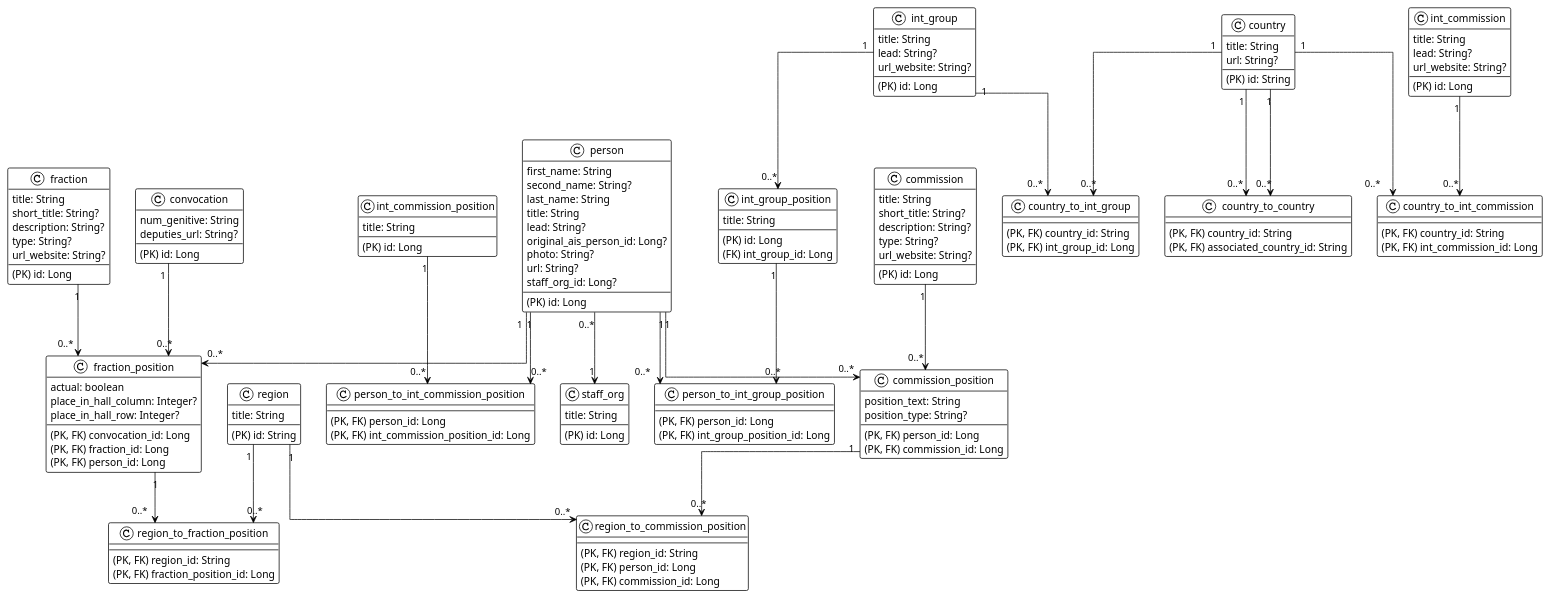
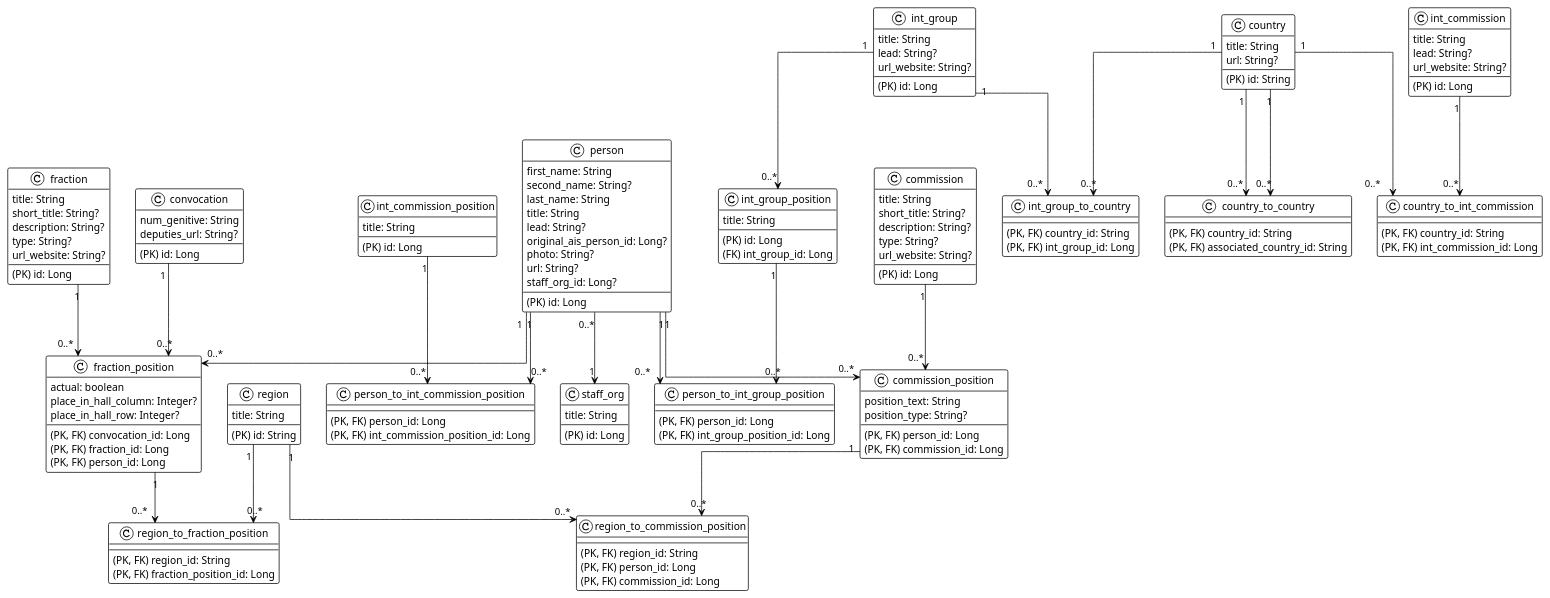
The diagram in gov/db-schema/src/main/kotlin/com/artemkaxboy/playground/gov/dumagovru/entity/database.puml (artemkaxboy/playground), drawn with PlantUML before and after one commit. The commit also changed 7 other files, not shown here.

```diff
--- a/gov/db-schema/src/main/kotlin/com/artemkaxboy/playground/gov/dumagovru/entity/database.puml
+++ b/gov/db-schema/src/main/kotlin/com/artemkaxboy/playground/gov/dumagovru/entity/database.puml
@@ -1,188 +1,188 @@
 @startuml
 !theme plain
 top to bottom direction
 skinparam linetype ortho
 
 class person {
    (PK) id: Long
    first_name: String
    second_name: String?
    last_name: String
    title: String
    lead: String?
    original_ais_person_id: Long?
    photo: String?
    url: String?
    staff_org_id: Long?
 }
 
 class commission {
    (PK) id: Long
    title: String
    short_title: String?
    description: String?
    type: String?
    url_website: String?
 }
 
 class commission_position {
    (PK, FK) person_id: Long
    (PK, FK) commission_id: Long
    position_text: String
    position_type: String?
 }
 
 'main .(delete cascade). secondary
 'deletePerson_deletesAssociatedCommissionPosition
 person                "1" -[#000000,plain]-> "0..*"  commission_position
 'deleteCommission_deletesAssociatedCommissionPosition
 commission            "1" -[#000000,plain]-> "0..*"  commission_position
 
 class region {
    (PK) id: String
    title: String
 }
 
 class region_to_commission_position {
    (PK, FK) region_id: String
    (PK, FK) person_id: Long
    (PK, FK) commission_id: Long
 }
 
 'deleteRegion_deletesAssociatedRegionToCommissionPosition
 region               "1" -[#000000,plain]-> "0..*"  region_to_commission_position
 'deleteCommissionPosition_deletesAssociatedRegionToCommissionPosition
 commission_position  "1" -[#000000,plain]-> "0..*"  region_to_commission_position
 
 class convocation {
    (PK) id: Long
    num_genitive: String
    deputies_url: String?
 }
 
 class fraction {
    (PK) id: Long
    title: String
    short_title: String?
    description: String?
    type: String?
    url_website: String?
 }
 
 class fraction_position {
    (PK, FK) convocation_id: Long
    (PK, FK) fraction_id: Long
    (PK, FK) person_id: Long
    actual: boolean
    place_in_hall_column: Integer?
    place_in_hall_row: Integer?
 }
 
 'deleteConvocation_deletesAssociatedFractionPosition
 convocation           "1" -[#000000,plain]-> "0..*"  fraction_position
 'deleteFraction_deletesAssociatedFractionPosition
 fraction              "1" -[#000000,plain]-> "0..*"  fraction_position
 'deletePerson_deletesAssociatedFractionPosition
 person                "1" -[#000000,plain]-> "0..*"  fraction_position
 
 class region_to_fraction_position {
     (PK, FK) region_id: String
     (PK, FK) fraction_position_id: Long
 }
 
 'deleteRegion_deletesAssociatedRegionToFractionPosition
 region               "1" -[#000000,plain]-> "0..*"  region_to_fraction_position
 'deleteFractionPosition_deletesAssociatedRegionToFractionPosition
 fraction_position    "1" -[#000000,plain]-> "0..*"  region_to_fraction_position
 
 class country {
    (PK) id: String
    title: String
    url: String?
 }
 
 class country_to_country {
    (PK, FK) country_id: String
    (PK, FK) associated_country_id: String
 }
 
 'deleteCountry_deletesAssociatedCountryToCountryFrom
 country               "1" -[#000000,plain]-> "0..*"  country_to_country
 'deleteCountry_deletesAssociatedCountryToCountryTo
 country               "1" -[#000000,plain]-> "0..*"  country_to_country
 
 class int_commission {
    (PK) id: Long
    title: String
    lead: String?
    url_website: String?
 }
 
 class country_to_int_commission {
    (PK, FK) country_id: String
    (PK, FK) int_commission_id: Long
 }
 
 'deleteCountry_deletesAssociatedCountryToIntCommission
 country               "1" -[#000000,plain]-> "0..*"  country_to_int_commission
 'deleteIntCommission_deletesAssociatedCountryToIntCommission
 int_commission        "1" -[#000000,plain]-> "0..*"  country_to_int_commission
 
 class int_commission_position {
    (PK) id: Long
    title: String
 }
 class person_to_int_commission_position {
    (PK, FK) person_id: Long
    (PK, FK) int_commission_position_id: Long
 }
 
 'deletePerson_deletesAssociatedPersonToIntCommissionPosition
 person                  "1" -[#000000,plain]-> "0..*"  person_to_int_commission_position
 'deleteIntCommissionPosition_deletesAssociatedPersonToIntCommissionPosition
 int_commission_position "1" -[#000000,plain]-> "0..*"  person_to_int_commission_position
 
 class int_group {
    (PK) id: Long
    title: String
    lead: String?
    url_website: String?
 }
 
-class country_to_int_group {
+class int_group_to_country {
    (PK, FK) country_id: String
    (PK, FK) int_group_id: Long
 }
 
 'deleteCountry_deletesAssociatedCountryToIntGroup
-country               "1" -[#000000,plain]-> "0..*"  country_to_int_group
+country               "1" -[#000000,plain]-> "0..*"  int_group_to_country
 'deleteIntGroup_deletesAssociatedCountryToIntGroup
-int_group             "1" -[#000000,plain]-> "0..*"  country_to_int_group
+int_group             "1" -[#000000,plain]-> "0..*"  int_group_to_country
 
 class int_group_position {
    (PK) id: Long
    (FK) int_group_id: Long
    title: String
 }
 
 'deleteIntGroup_deletesAssociatedIntGroupPosition
 int_group             "1" -[#000000,plain]-> "0..*"  int_group_position
 
 class person_to_int_group_position {
    (PK, FK) person_id: Long
    (PK, FK) int_group_position_id: Long
 }
 
 'deletePerson_deletesAssociatedPersonToIntGroupPosition
 person                "1" -[#000000,plain]-> "0..*"  person_to_int_group_position
 'deleteIntGroupPosition_deletesAssociatedPersonToIntGroupPosition
 int_group_position    "1" -[#000000,plain]-> "0..*"  person_to_int_group_position
 
 class staff_org {
    (PK) id: Long
    title: String
 }
 
 person                "0..*" -[#000000,plain]-> "1"  staff_org
 
 @enduml
```
